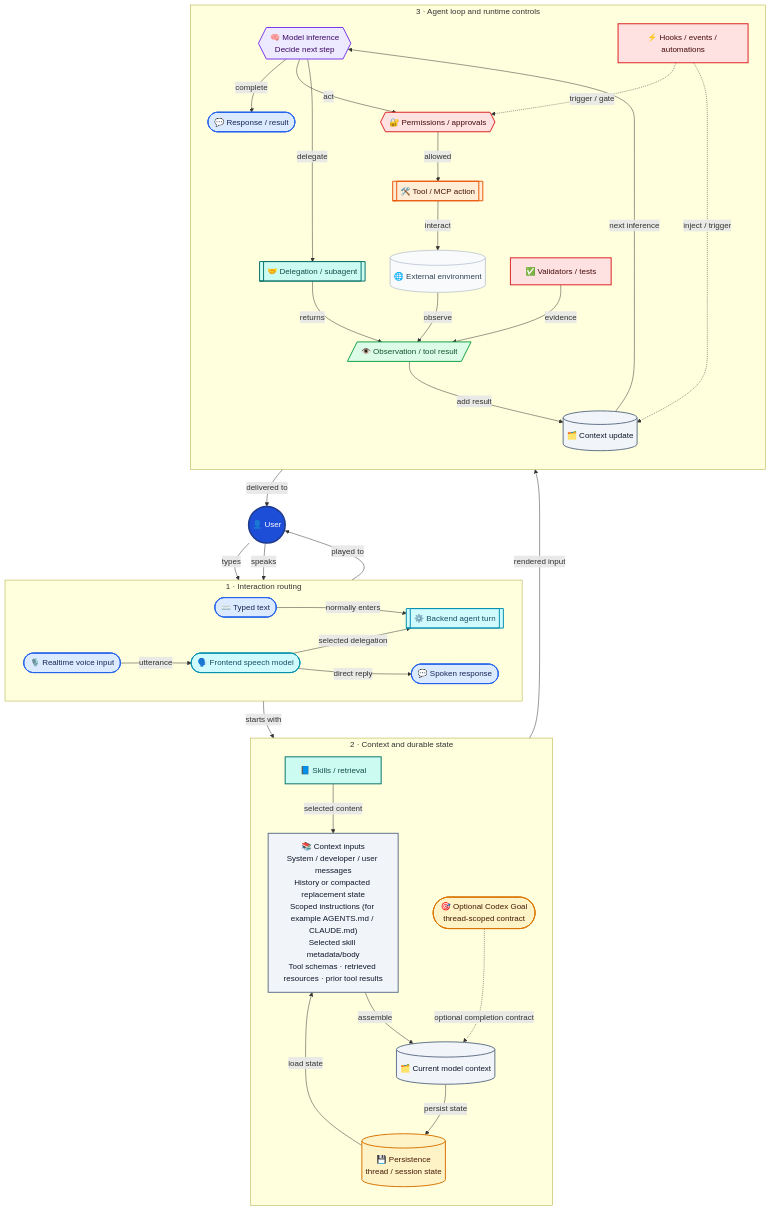
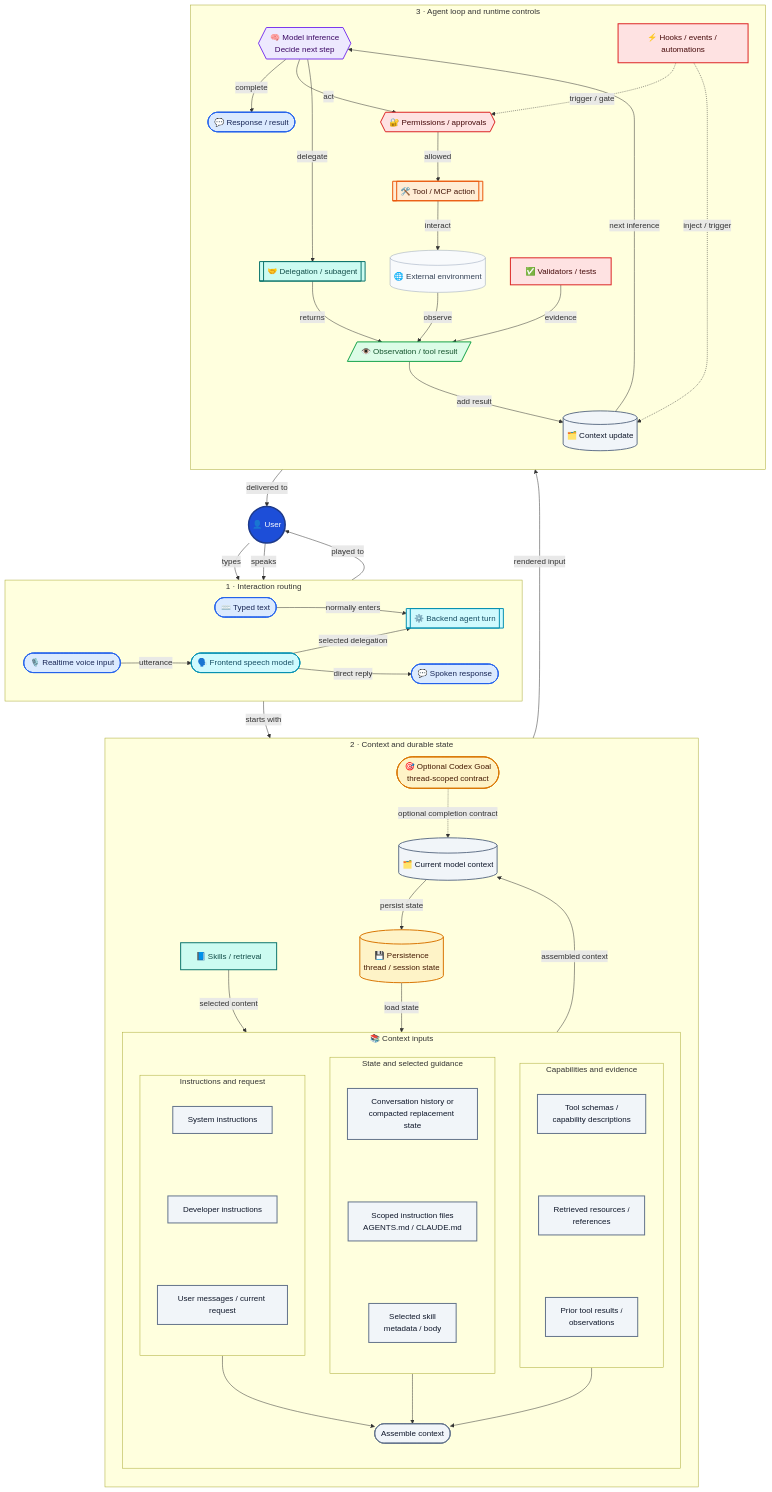
Before and after one commit to ArthurZakirov/SystemSmith: the second of 2 diagrams in skills/engineer-agentic-ai/references/agent-runtime-model.md, drawn with Mermaid.

Commit message:
docs: group runtime context inputs

```diff
--- a/skills/engineer-agentic-ai/references/agent-runtime-model.md
+++ b/skills/engineer-agentic-ai/references/agent-runtime-model.md
@@ -74,7 +74,38 @@
 
     subgraph CONTEXT["2 · Context and durable state"]
         direction TB
-        INPUTS["📚 Context inputs<br/>System / developer / user messages<br/>History or compacted replacement state<br/>Scoped instructions (for example AGENTS.md / CLAUDE.md)<br/>Selected skill metadata/body<br/>Tool schemas · retrieved resources · prior tool results"]
+        subgraph INPUTS["📚 Context inputs"]
+            direction TB
+            subgraph INSTRUCTION_INPUTS["Instructions and request"]
+                direction TB
+                SYSTEM["System instructions"]
+                DEVELOPER["Developer instructions"]
+                REQUEST["User messages / current request"]
+
+                SYSTEM ~~~ DEVELOPER ~~~ REQUEST
+            end
+            subgraph STATE_INPUTS["State and selected guidance"]
+                direction TB
+                HISTORY["Conversation history or<br/>compacted replacement state"]
+                SCOPED["Scoped instruction files<br/>AGENTS.md / CLAUDE.md"]
+                SKILL_CONTEXT["Selected skill<br/>metadata / body"]
+
+                HISTORY ~~~ SCOPED ~~~ SKILL_CONTEXT
+            end
+            subgraph CAPABILITY_INPUTS["Capabilities and evidence"]
+                direction TB
+                TOOL_SCHEMAS["Tool schemas /<br/>capability descriptions"]
+                RESOURCES["Retrieved resources /<br/>references"]
+                PRIOR_RESULTS["Prior tool results /<br/>observations"]
+
+                TOOL_SCHEMAS ~~~ RESOURCES ~~~ PRIOR_RESULTS
+            end
+            ASSEMBLE([Assemble context])
+
+            INSTRUCTION_INPUTS --> ASSEMBLE
+            STATE_INPUTS --> ASSEMBLE
+            CAPABILITY_INPUTS --> ASSEMBLE
+        end
         CURRENT[(🗂️ Current model context)]
         SKILLS["📘 Skills / retrieval"]
         PERSIST[(💾 Persistence<br/>thread / session state)]
@@ -82,7 +113,7 @@
 
         SKILLS -->|selected content| INPUTS
         PERSIST -->|load state| INPUTS
-        INPUTS -->|assemble| CURRENT
+        ASSEMBLE -->|assembled context| CURRENT
         CURRENT -->|persist state| PERSIST
         GOAL -.->|optional completion contract| CURRENT
     end
@@ -138,7 +169,7 @@
     class USER actor
     class TYPED,VOICE,SPOKEN,RESULT message
     class SPEECH,BACKEND surface
-    class INPUTS,CURRENT,UPDATE context
+    class SYSTEM,DEVELOPER,REQUEST,HISTORY,SCOPED,SKILL_CONTEXT,TOOL_SCHEMAS,RESOURCES,PRIOR_RESULTS,ASSEMBLE,CURRENT,UPDATE context
     class MODEL decision
     class ACTION action
     class OBS observation
```
